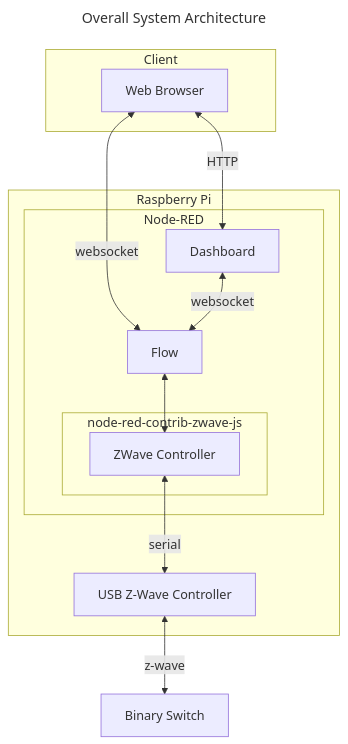
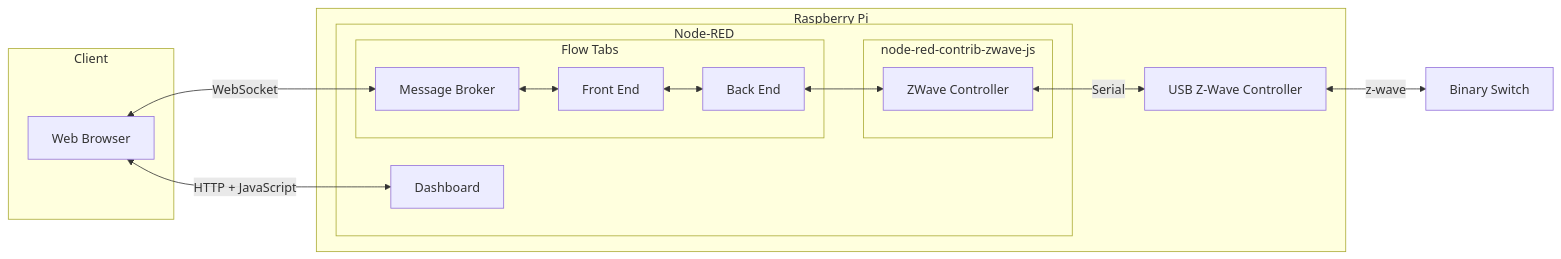
One commit to parasaurolophus/node-red-zwave-js-example changed the first of 3 diagrams in README.md. Above: the diagram before and after it, drawn with Mermaid. The commit also changed other lines of this file and 6 other files, not shown here.

Commit message:
README.md updates and flow readability and layout improvements

````diff
--- a/README.md
+++ b/README.md
@@ -216,38 +28,40 @@
-```mermaid
----
-title: Overall System Architecture
----
-graph TB
+  ```mermaid
+  graph LR
 
-  switch[Binary Switch]
+    switch[Binary Switch]
 
-  subgraph Client
+    subgraph Client
 
-      browser[Web Browser]
+        browser[Web Browser]
 
-  end
+    end
 
-  subgraph Raspberry Pi
+    subgraph Raspberry Pi
 
-      dongle[USB Z-Wave Controller]
+        dongle[USB Z-Wave Controller]
 
-      subgraph Node-RED
+        subgraph Node-RED
 
-          flow[Flow]
-
-          subgraph node-red-contrib-zwave-js
-              controller[ZWave Controller]
+          subgraph Flow Tabs
+            broker[Message Broker]
+            frontend[Front End]
+            backend[Back End]
           end
 
-          dashboard[Dashboard]
+            subgraph node-red-contrib-zwave-js
+                controller[ZWave Controller]
+            end
 
-      end
-  end
+            dashboard[Dashboard]
 
-browser <-- websocket --> flow
-flow <--> controller
-controller <-- serial --> dongle
-dongle <-- z-wave --> switch
-browser <-- HTTP --> dashboard
-dashboard <-- websocket --> flow
-```
+        end
+    end
+
+  browser <-- WebSocket --> broker
+  broker <--> frontend
+  frontend <--> backend
+  backend <--> controller
+  controller <-- Serial --> dongle
+  dongle <-- z-wave --> switch
+  browser <-- HTTP + JavaScript --> dashboard
+  ```
````
